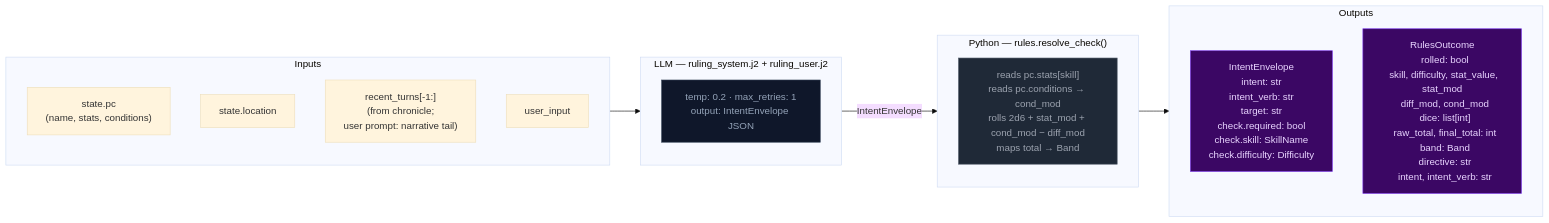
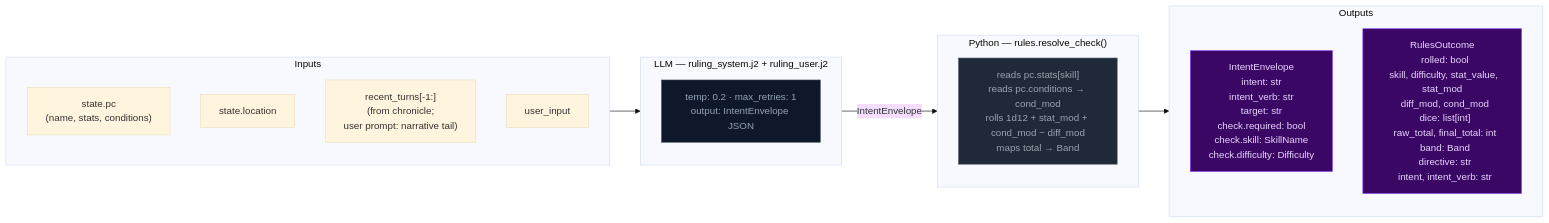
One commit to pww217/fablethread changed the diagram in docs/architecture/step0-ruling.md. Above: the diagram before and after it, drawn with Mermaid (base theme). The commit also changed 8 other files, not shown here.

````diff
--- a/docs/architecture/step0-ruling.md
+++ b/docs/architecture/step0-ruling.md
@@ -8,31 +8,31 @@
 ```mermaid
 flowchart LR
     classDef stageRules fill:#4c1d95,color:#ddd6fe,stroke:#7c3aed
     classDef llmNode    fill:#0f172a,color:#94a3b8,stroke:#334155
     classDef pyNode     fill:#1f2937,color:#9ca3af,stroke:#4b5563
     classDef outNode    fill:#3b0764,color:#e9d5ff,stroke:#7c3aed
 
     subgraph IN["Inputs"]
         I1["state.pc<br>(name, stats, conditions)"]
         I2["state.location"]
         I3["recent_turns[-1:]<br>(from chronicle;<br>user prompt: narrative tail)"]
         I4["user_input"]
     end
 
     subgraph LLM0["LLM — ruling_system.j2 + ruling_user.j2"]
         L0["temp: 0.2 · max_retries: 1<br>output: IntentEnvelope JSON"]:::llmNode
     end
 
     subgraph PYRES["Python — rules.resolve_check()"]
-        P0["reads pc.stats[skill]<br>reads pc.conditions → cond_mod<br>rolls 2d6 + stat_mod + cond_mod − diff_mod<br>maps total → Band"]:::pyNode
+        P0["reads pc.stats[skill]<br>reads pc.conditions → cond_mod<br>rolls 1d12 + stat_mod + cond_mod − diff_mod<br>maps total → Band"]:::pyNode
     end
 
     subgraph OUT["Outputs"]
         O1["IntentEnvelope<br>  intent: str<br>  intent_verb: str<br>  target: str<br>  check.required: bool<br>  check.skill: SkillName<br>  check.difficulty: Difficulty"]:::outNode
         O2["RulesOutcome<br>  rolled: bool<br>  skill, difficulty, stat_value, stat_mod<br>  diff_mod, cond_mod<br>  dice: list[int]<br>  raw_total, final_total: int<br>  band: Band<br>  directive: str<br>  intent, intent_verb: str"]:::outNode
     end
 
     IN --> LLM0
     LLM0 -- "IntentEnvelope" --> PYRES
     PYRES --> OUT
 ```
````
